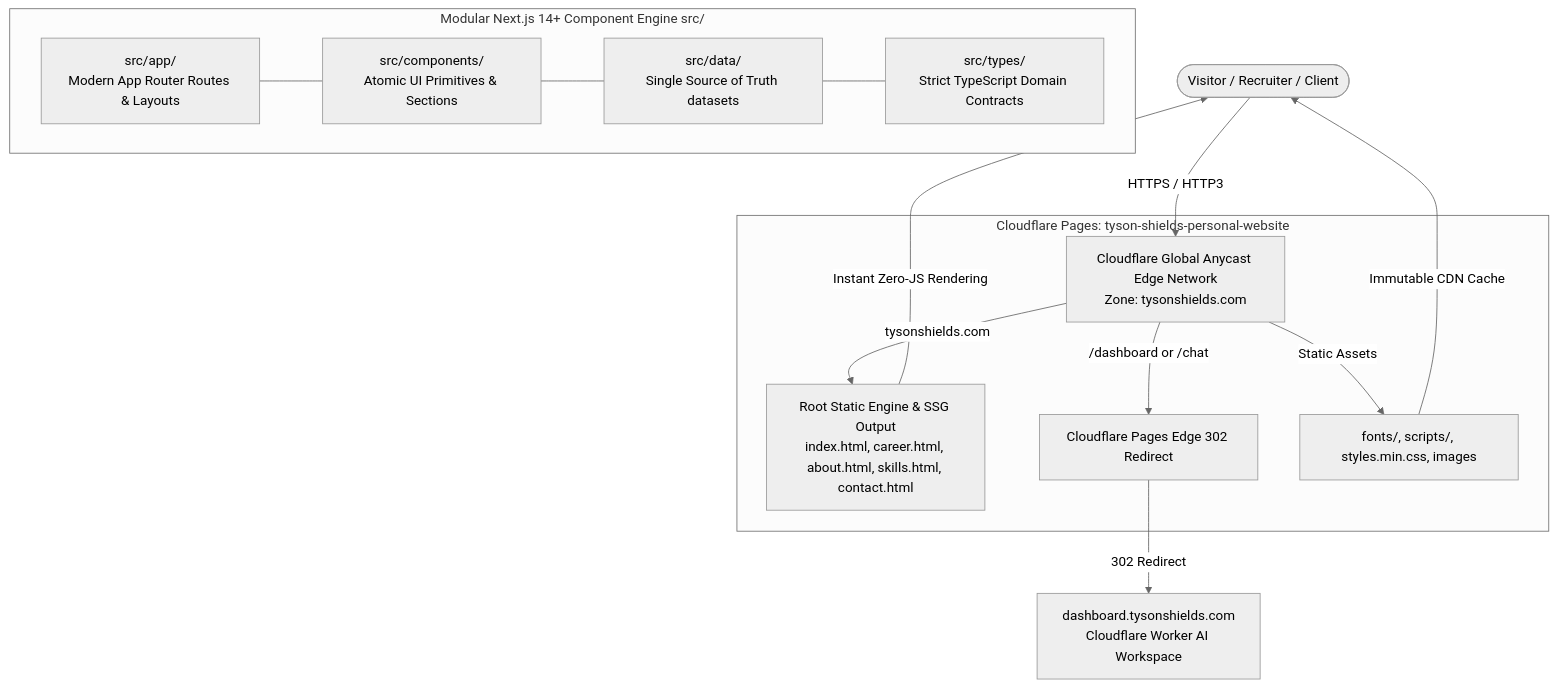
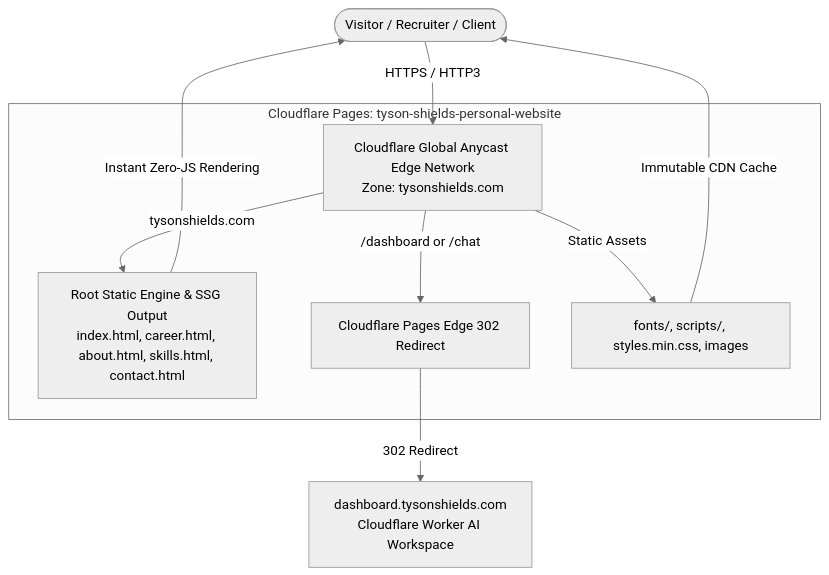
Before and after one commit to tysonshields00/Tyson-Shields-Personal-Website: the diagram in README.md, drawn with Mermaid (neutral theme). The commit also changed other lines of this file and 73 other files, not shown here.

Commit message:
docs: add agent guidelines and architecture documentation while cleaning up configuration files

````diff
--- a/README.md
+++ b/README.md
@@ -18,24 +20,14 @@
 ```mermaid
 graph TD
     User([Visitor / Recruiter / Client]) -->|HTTPS / HTTP3| CF[Cloudflare Global Anycast Edge Network<br/>Zone: tysonshields.com]
     
     subgraph Cloudflare Pages: tyson-shields-personal-website
         CF -->|tysonshields.com| RootStatic[Root Static Engine & SSG Output<br/>index.html, career.html, about.html, skills.html, contact.html]
         CF -->|/dashboard or /chat| Redir[Cloudflare Pages Edge 302 Redirect]
         CF -->|Static Assets| EdgeAssets[fonts/, scripts/, styles.min.css, images]
     end
-    
-    subgraph Modular Next.js 14+ Component Engine src/
-        Comp[src/components/<br/>Atomic UI Primitives & Sections]
-        Data[src/data/<br/>Single Source of Truth datasets]
-        Types[src/types/<br/>Strict TypeScript Domain Contracts]
-        App[src/app/<br/>Modern App Router Routes & Layouts]
-        Comp --- Data
-        Data --- Types
-        App --- Comp
-    end
 
     Redir -->|302 Redirect| WorkerApp[dashboard.tysonshields.com<br/>Cloudflare Worker AI Workspace]
     RootStatic -->|Instant Zero-JS Rendering| User
     EdgeAssets -->|Immutable CDN Cache| User
 ```
````
